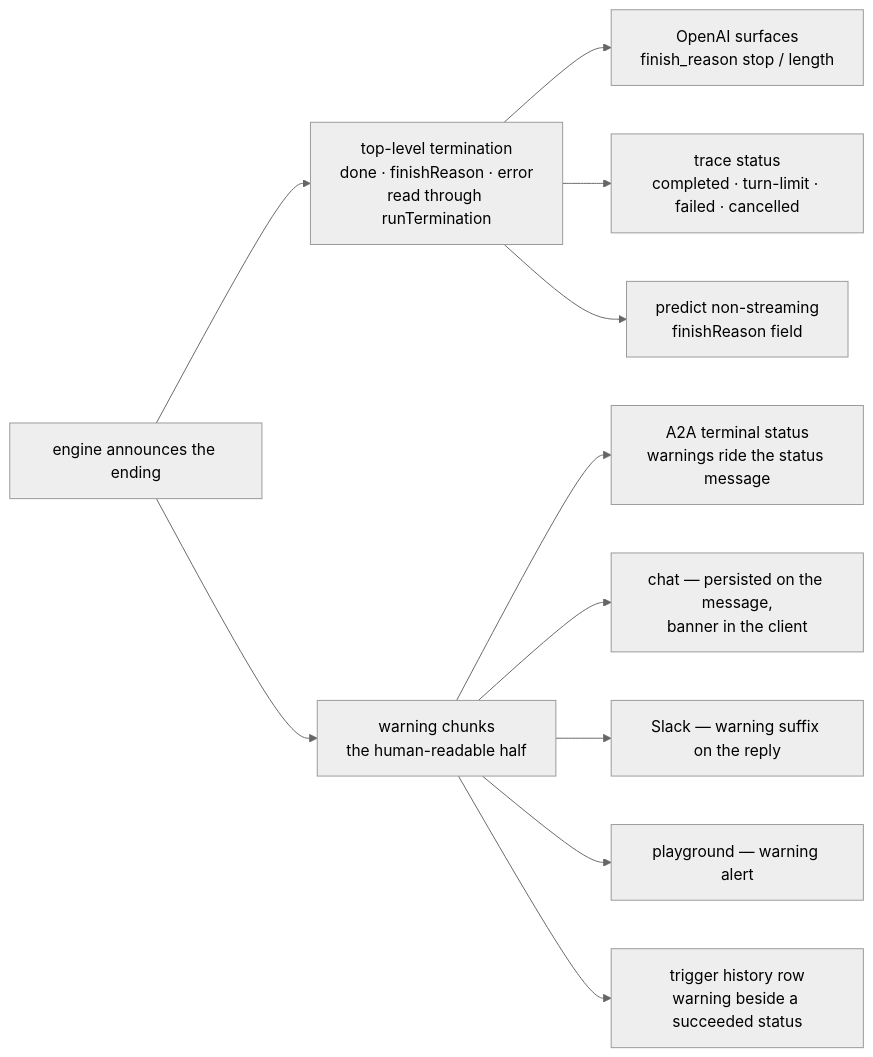
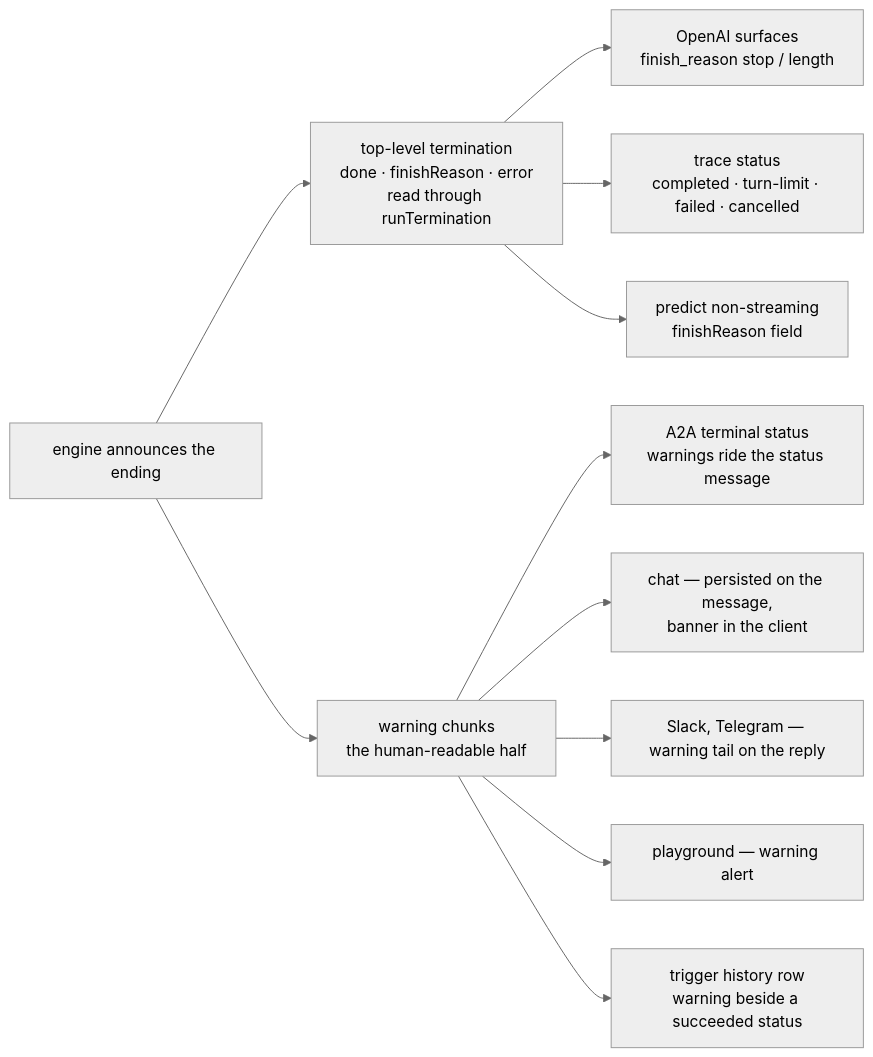
Before and after one commit to opspresso/agent-studio: the fourth of 4 diagrams in docs/ARCHITECTURE.md, drawn with Mermaid (neutral theme). The commit also changed other lines of this file and 12 other files, not shown here.

````diff
--- a/docs/ARCHITECTURE.md
+++ b/docs/ARCHITECTURE.md
@@ -562,26 +573,26 @@
 ```mermaid
 flowchart LR
   engine["engine announces the ending"]
   term["top-level termination<br/>done · finishReason · error<br/>read through runTermination"]
   warning["warning chunks<br/>the human-readable half"]
 
   openai["OpenAI surfaces<br/>finish_reason stop / length"]
   tracestatus["trace status<br/>completed · turn-limit · failed · cancelled"]
   a2aout["A2A terminal status<br/>warnings ride the status message"]
   predictout["predict non-streaming<br/>finishReason field"]
   chatui["chat — persisted on the message,<br/>banner in the client"]
-  slackout["Slack — warning suffix on the reply"]
+  slackout["Slack, Telegram — warning tail on the reply"]
   console["playground — warning alert"]
   triggerrow["trigger history row<br/>warning beside a succeeded status"]
 
   engine --> term
   engine --> warning
   term --> openai
   term --> tracestatus
   term --> predictout
   warning --> a2aout
   warning --> chatui
   warning --> slackout
   warning --> console
   warning --> triggerrow
 ```
````
